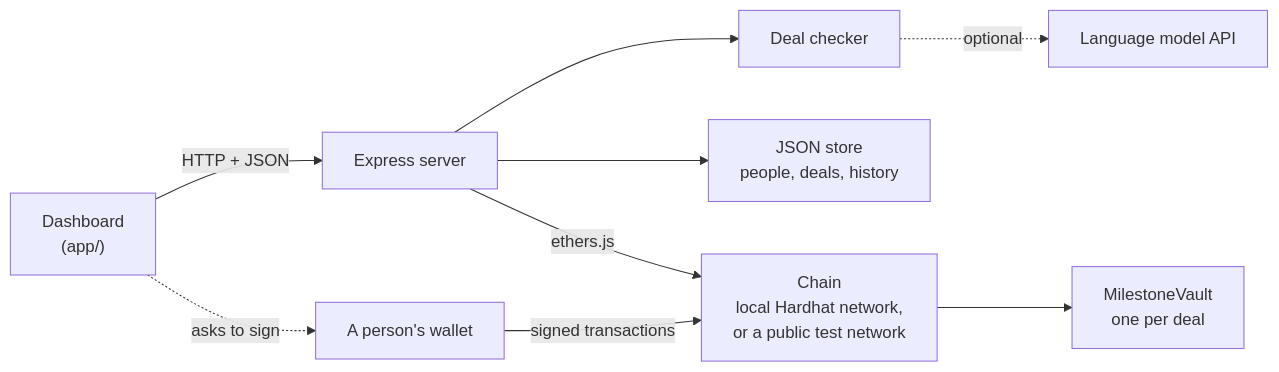
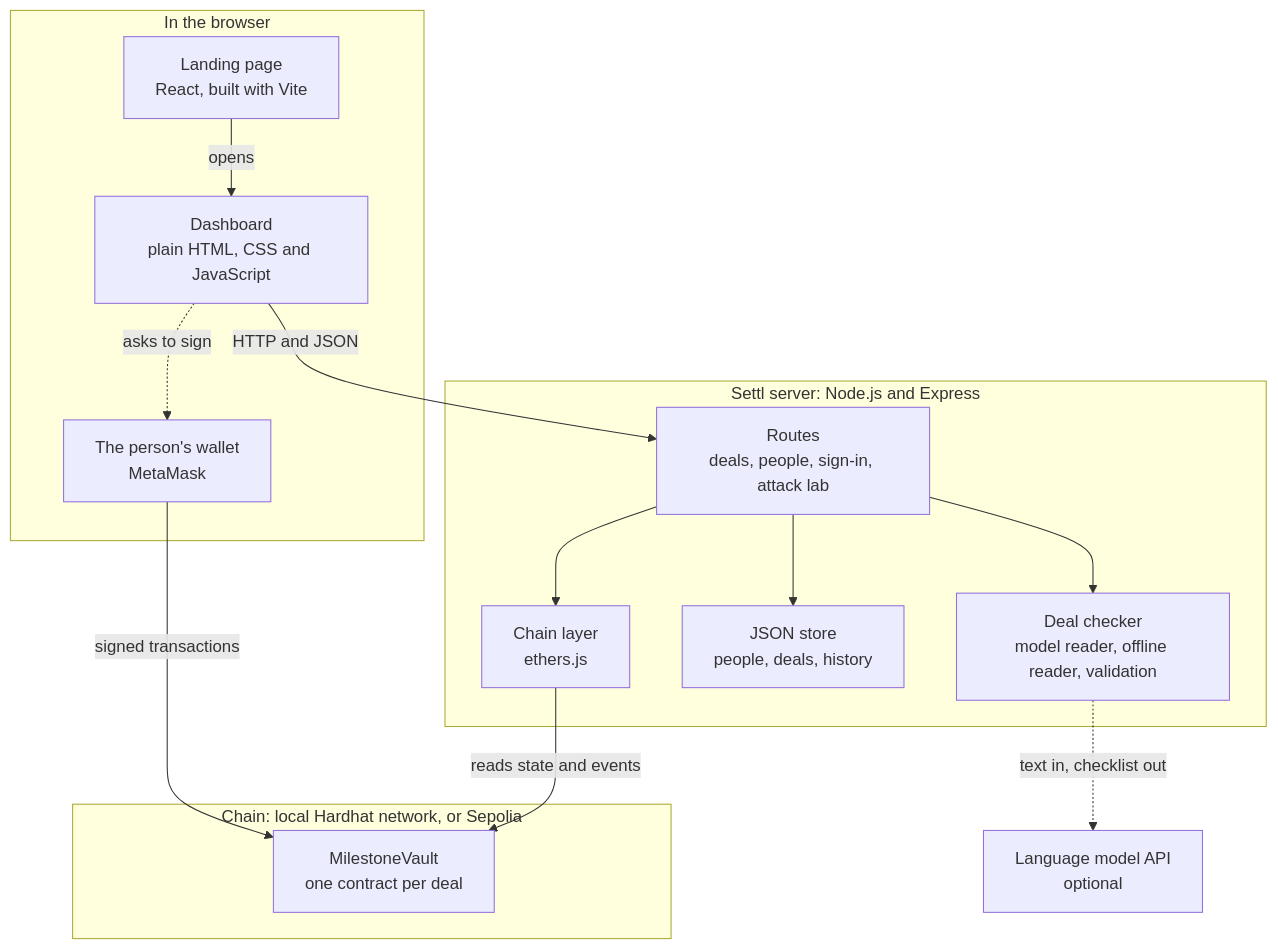
One commit to Atharvchaskar008/SETTL changed the first of 4 diagrams in readme.md. Above: the diagram before and after it, drawn with Mermaid. The commit also changed other lines of this file, not shown here.

````diff
--- a/readme.md
+++ b/readme.md
@@ -70,11 +95,31 @@
 ```mermaid
-flowchart LR
-    PAGE["Dashboard<br/>(app/)"] -->|"HTTP + JSON"| API["Express server"]
-    API --> CHECKER["Deal checker"]
-    API --> STORE["JSON store<br/>people, deals, history"]
-    API -->|"ethers.js"| CHAIN["Chain<br/>local Hardhat network,<br/>or a public test network"]
-    PAGE -.->|"asks to sign"| WALLET["A person's wallet"]
-    WALLET -->|"signed transactions"| CHAIN
-    CHAIN --> VAULT["MilestoneVault<br/>one per deal"]
-    CHECKER -.->|"optional"| MODEL["Language model API"]
+flowchart TB
+    subgraph BROWSER["In the browser"]
+        LAND["Landing page<br/>React, built with Vite"]
+        DASH["Dashboard<br/>plain HTML, CSS and JavaScript"]
+        WALLET["The person's wallet<br/>MetaMask"]
+    end
+
+    subgraph SERVER["Settl server: Node.js and Express"]
+        API["Routes<br/>deals, people, sign-in, attack lab"]
+        CHECKER["Deal checker<br/>model reader, offline reader, validation"]
+        STORE["JSON store<br/>people, deals, history"]
+        CHAINLIB["Chain layer<br/>ethers.js"]
+    end
+
+    MODEL["Language model API<br/>optional"]
+
+    subgraph CHAIN["Chain: local Hardhat network, or Sepolia"]
+        VAULT["MilestoneVault<br/>one contract per deal"]
+    end
+
+    LAND -->|"opens"| DASH
+    DASH -->|"HTTP and JSON"| API
+    DASH -.->|"asks to sign"| WALLET
+    WALLET -->|"signed transactions"| VAULT
+    API --> CHECKER
+    API --> STORE
+    API --> CHAINLIB
+    CHECKER -.->|"text in, checklist out"| MODEL
+    CHAINLIB -->|"reads state and events"| VAULT
 ```
````
